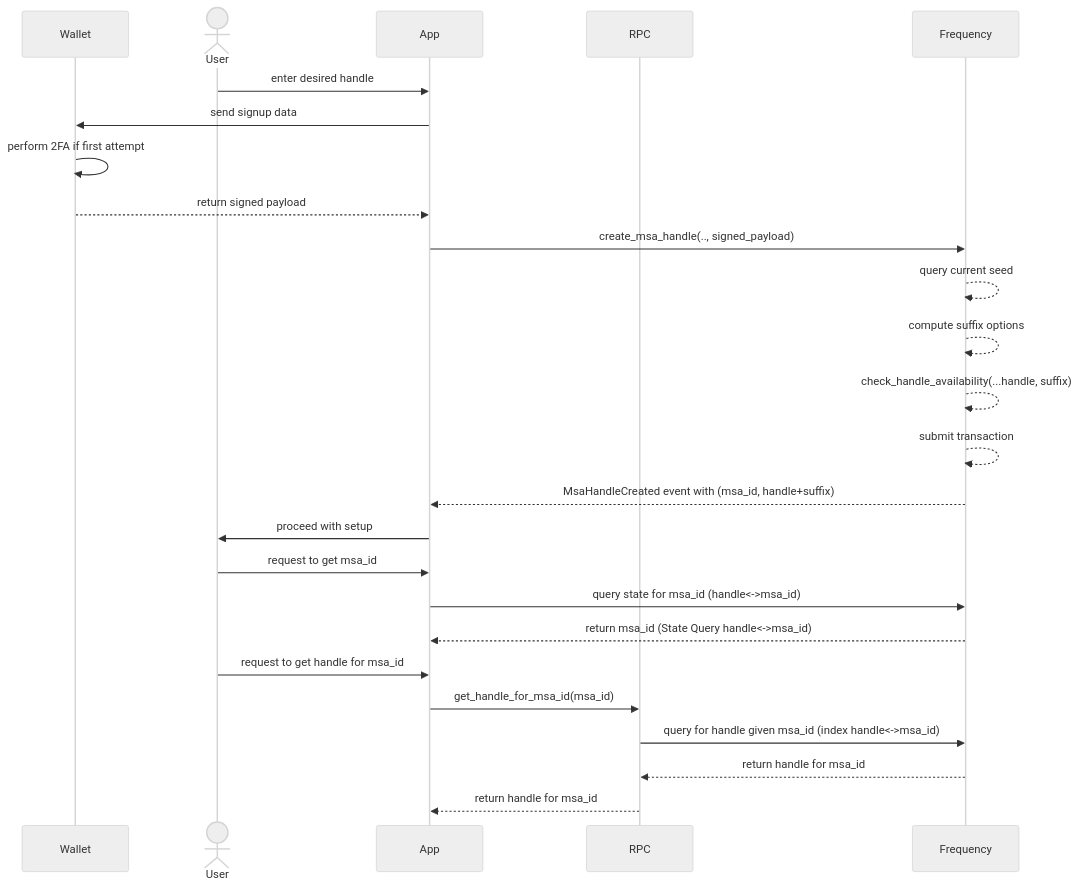
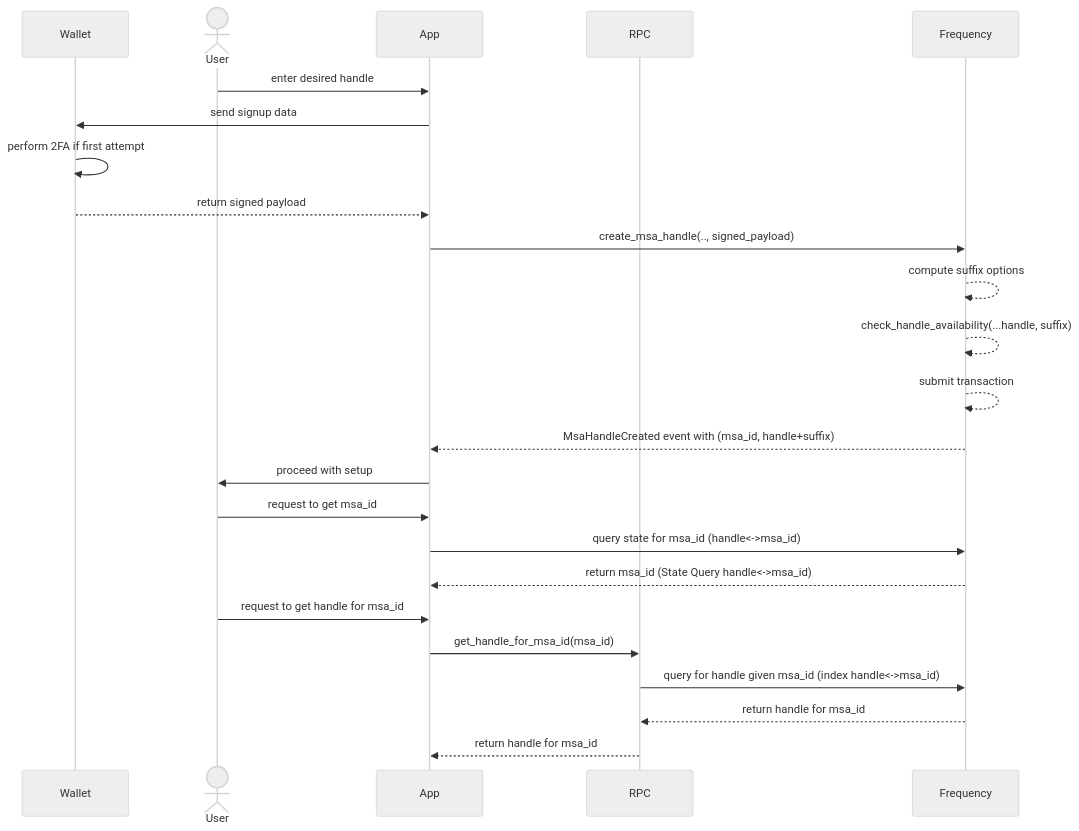
The first of 2 diagrams in designdocs/user-handles.md (frequency-chain/frequency), drawn with Mermaid (neutral theme) before and after one commit. The commit also changed other lines of this file, not shown here.

````diff
--- a/designdocs/user-handles.md
+++ b/designdocs/user-handles.md
@@ -70,27 +68,26 @@
 ```mermaid
 sequenceDiagram
     participant Wallet
     actor User
     participant App
     participant RPC
     participant Frequency
     User->>App: enter desired handle
     App->>Wallet: send signup data
     Wallet->>Wallet: perform 2FA if first attempt
     Wallet-->>App: return signed payload
     App->>Frequency: create_msa_handle(.., signed_payload)
-    Frequency-->>Frequency: query current seed
     Frequency-->>Frequency: compute suffix options
     Frequency-->>Frequency: check_handle_availability(...handle, suffix)
     Frequency-->>Frequency: submit transaction
     Frequency-->>App: MsaHandleCreated event with (msa_id, handle+suffix) 
     App->>User: proceed with setup
     User->>App: request to get msa_id
     App->>Frequency: query state for msa_id (handle<->msa_id)
     Frequency-->>App: return msa_id (State Query handle<->msa_id)
     User->>App: request to get handle for msa_id
     App->>RPC: get_handle_for_msa_id(msa_id)
     RPC->>Frequency: query for handle given msa_id (index handle<->msa_id)
     Frequency-->>RPC: return handle for msa_id
     RPC-->>App: return handle for msa_id
 ```
````
